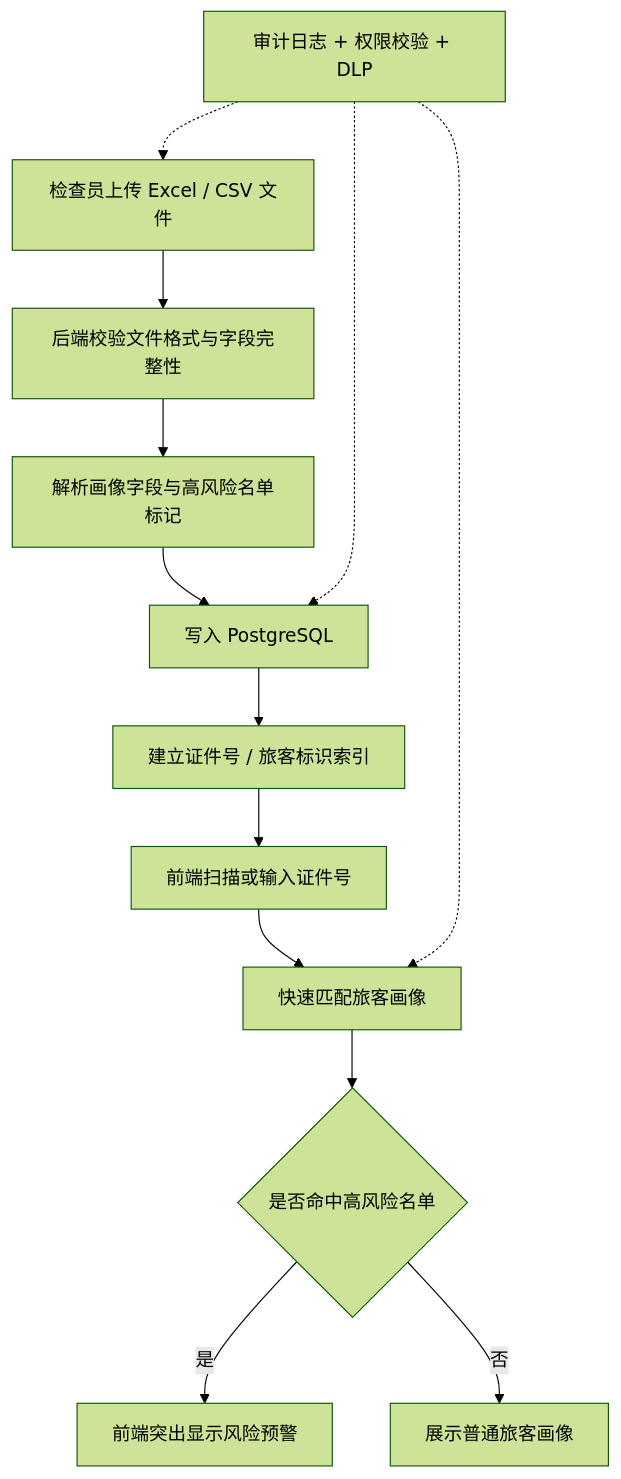
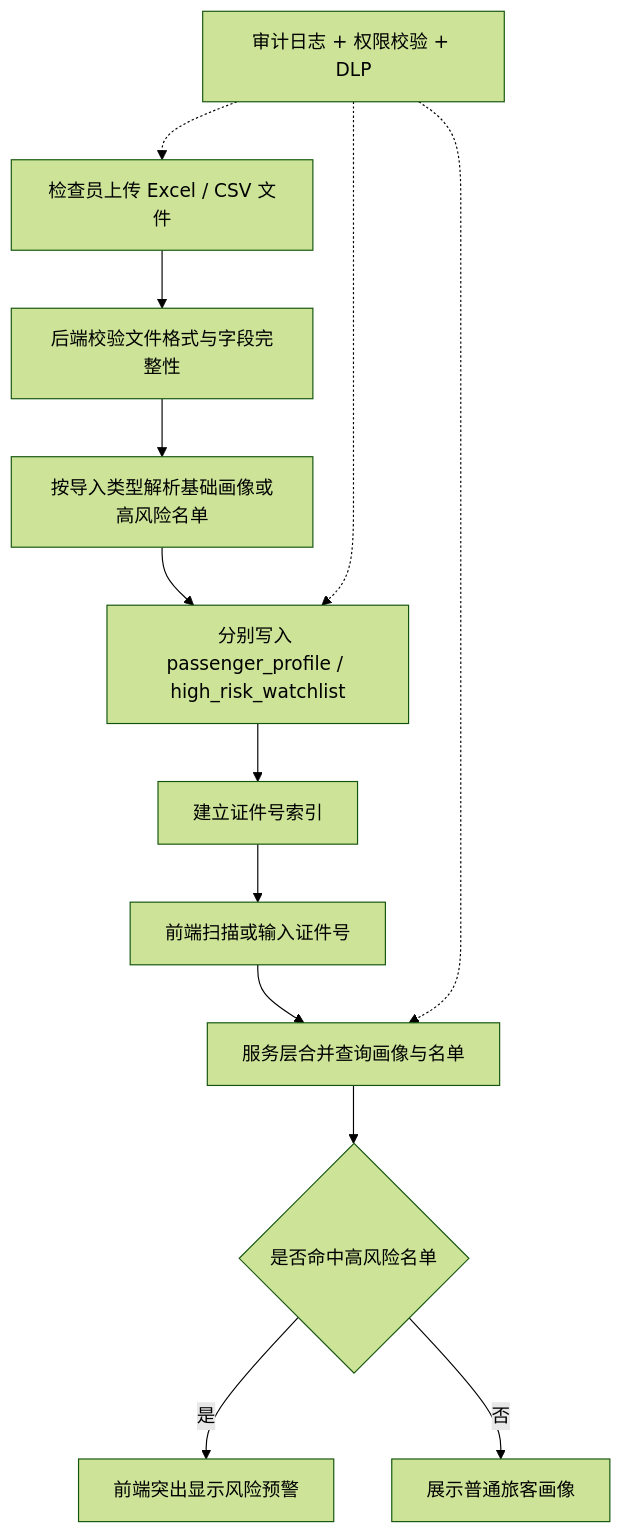
The third of 7 diagrams in docs/technical-architecture-and-flow-design.md (405core/ipra), drawn with Mermaid (forest theme) before and after one commit. The commit also changed other lines of this file and 14 other files, not shown here.

````diff
--- a/docs/technical-architecture-and-flow-design.md
+++ b/docs/technical-architecture-and-flow-design.md
@@ -192,16 +192,16 @@
 ```mermaid
 flowchart TD
     A["检查员上传 Excel / CSV 文件"] --> B["后端校验文件格式与字段完整性"]
-    B --> C["解析画像字段与高风险名单标记"]
-    C --> D["写入 PostgreSQL"]
-    D --> E["建立证件号 / 旅客标识索引"]
+    B --> C["按导入类型解析基础画像或高风险名单"]
+    C --> D["分别写入 passenger_profile / high_risk_watchlist"]
+    D --> E["建立证件号索引"]
     E --> F["前端扫描或输入证件号"]
-    F --> G["快速匹配旅客画像"]
+    F --> G["服务层合并查询画像与名单"]
     G --> H{"是否命中高风险名单"}
     H -- "是" --> I["前端突出显示风险预警"]
     H -- "否" --> J["展示普通旅客画像"]
 
     S["审计日志 + 权限校验 + DLP"] -.-> A
     S -.-> D
     S -.-> G
 ```
````
